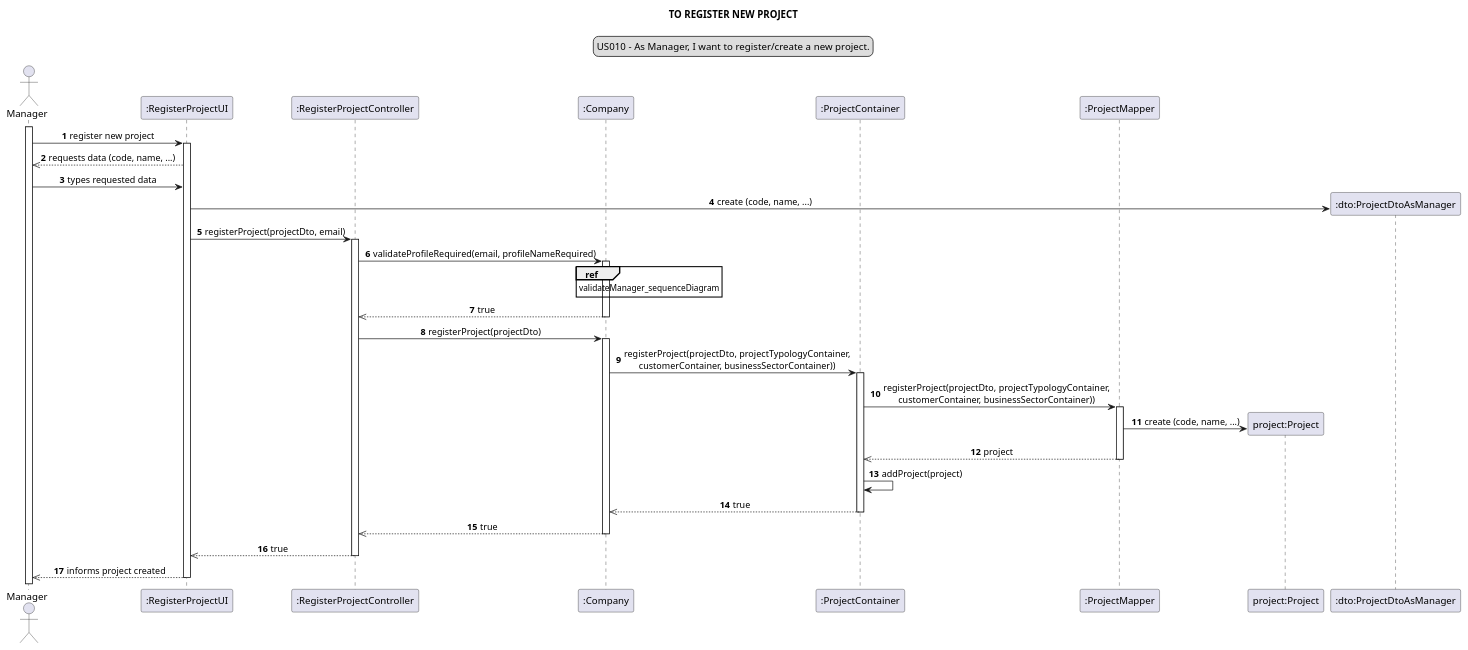
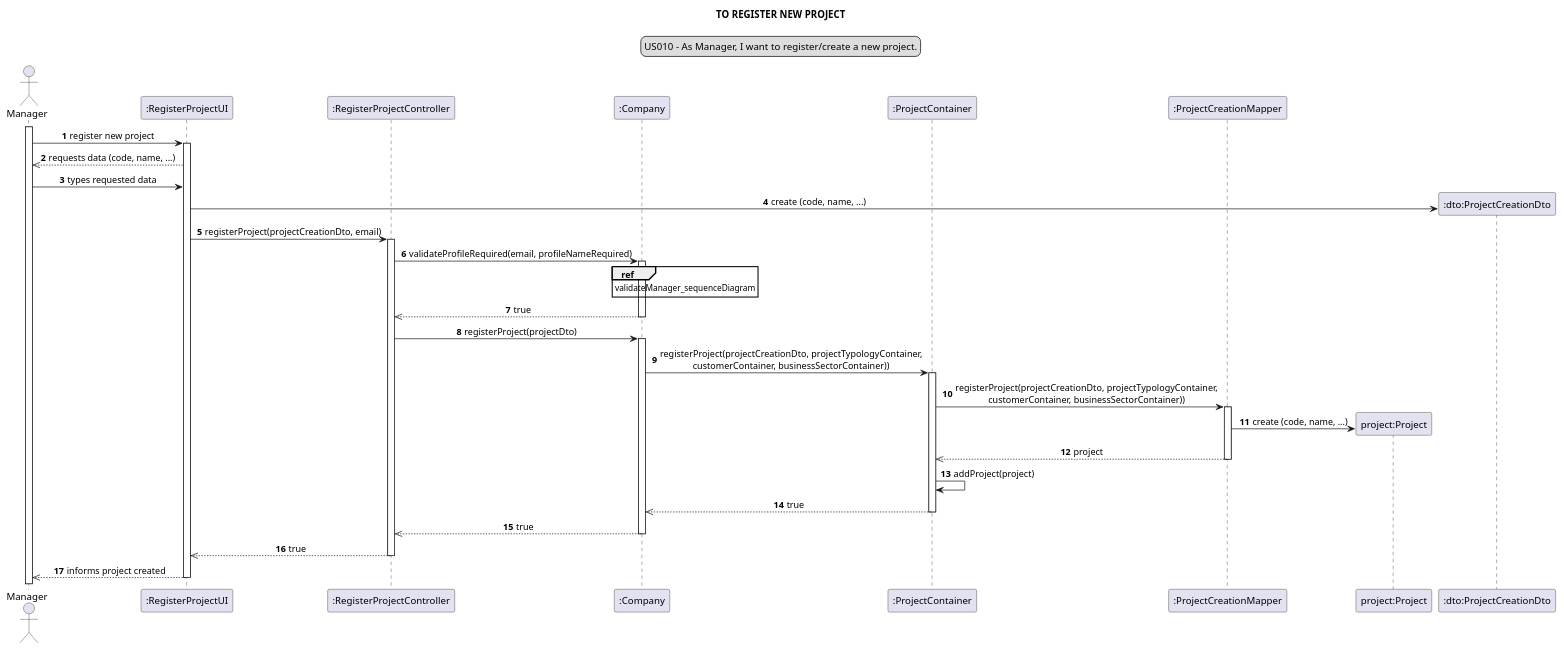
Before and after one commit to Loracline/project_switch_22-23: the diagram in docs/modelling_design/user_stories/sprint02/us010/US010_sequenceDiagram.puml, drawn with PlantUML. The commit also changed 17 other files, not shown here.

```diff
--- a/docs/modelling_design/user_stories/sprint02/us010/US010_sequenceDiagram.puml
+++ b/docs/modelling_design/user_stories/sprint02/us010/US010_sequenceDiagram.puml
@@ -1,56 +1,56 @@
 @startuml
 
 skinparam sequenceMessageAlign center
 title TO REGISTER NEW PROJECT
 legend top
 US010 - As Manager, I want to register/create a new project.
 end legend
 autonumber
 
 actor Manager as manager
 participant ":RegisterProjectUI" as ui
 participant ":RegisterProjectController" as controller
 participant ":Company" as comp
 participant ":ProjectContainer" as PC
-participant ":ProjectMapper" as mapper
+participant ":ProjectCreationMapper" as mapper
 participant "project:Project" as project
-participant ":dto:ProjectDtoAsManager" as dto
+participant ":dto:ProjectCreationDto" as dto
 
 activate manager
 "manager" ->ui : register new project
 activate ui
 "ui" -->> manager: requests data (code, name, ...)
 
 manager -> ui: types requested data
 
 create dto
 ui -> dto: create (code, name, ...)
-ui -> controller: registerProject(projectDto, email)
+ui -> controller: registerProject(projectCreationDto, email)
 activate controller
 
 controller -> comp: validateProfileRequired(email, profileNameRequired)
 ref over comp: validateManager_sequenceDiagram
 activate comp
 comp -->> controller: true
 deactivate comp
 controller -> comp: registerProject(projectDto)
 activate comp
-comp -> PC : registerProject(projectDto, projectTypologyContainer,\ncustomerContainer, businessSectorContainer))
+comp -> PC : registerProject(projectCreationDto, projectTypologyContainer,\ncustomerContainer, businessSectorContainer))
 activate PC
-PC -> mapper: registerProject(projectDto, projectTypologyContainer,\ncustomerContainer, businessSectorContainer))
+PC -> mapper: registerProject(projectCreationDto, projectTypologyContainer,\ncustomerContainer, businessSectorContainer))
 activate mapper
 create project
 mapper -> project : create (code, name, ...)
 mapper -->> PC: project
 deactivate mapper
 PC -> PC : addProject(project)
 PC -->> comp : true
 deactivate PC
 comp -->>controller: true
 deactivate comp
 controller -->> ui : true
 deactivate controller
 ui -->> manager :  informs project created
 deactivate ui
 
 @enduml
```
